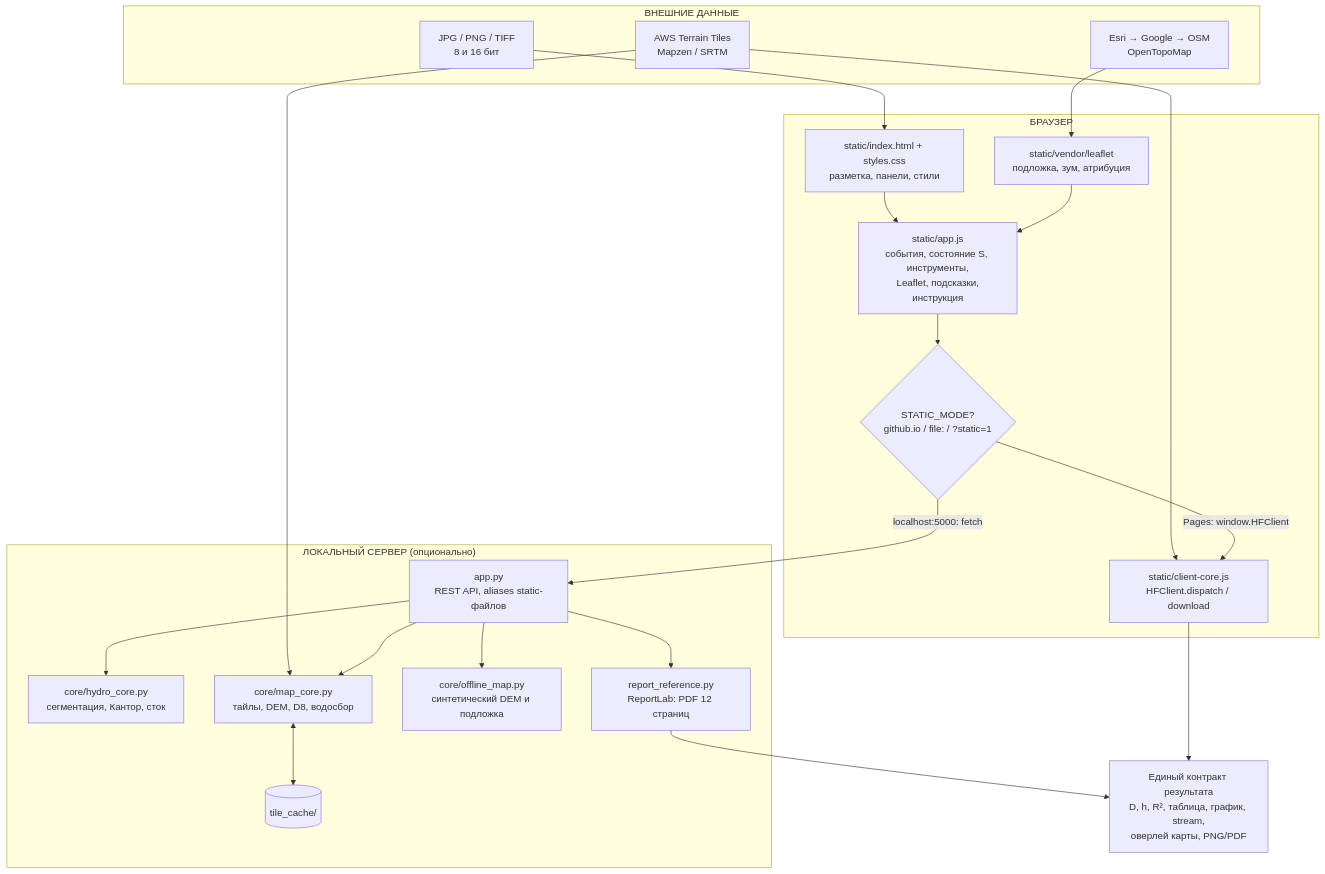
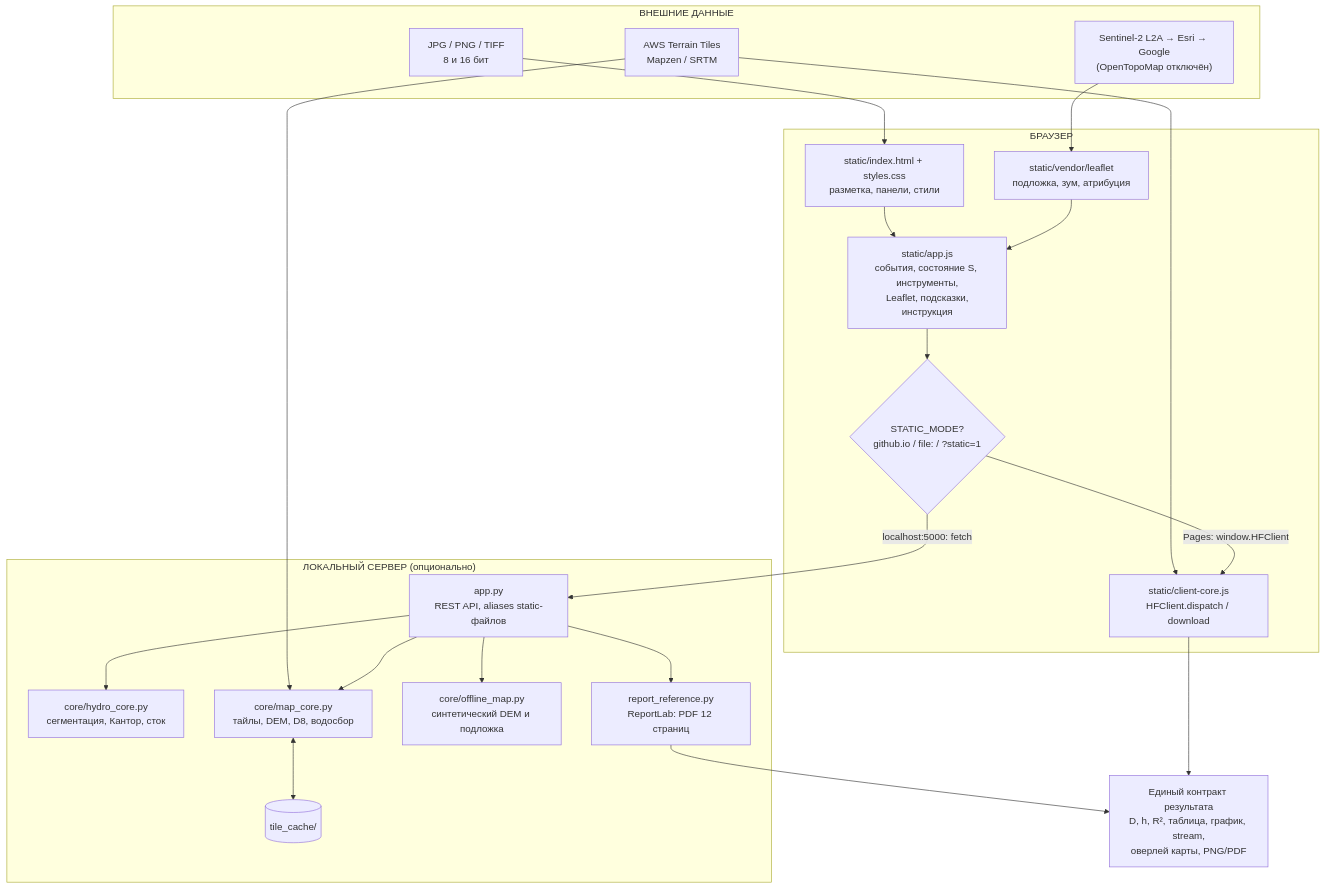
The first of 2 diagrams in ARCHITECTURE.md (rinhaizaki/HydroFractal), drawn with Mermaid before and after one commit. The commit also changed other lines of this file and 14 other files, not shown here.

````diff
--- a/ARCHITECTURE.md
+++ b/ARCHITECTURE.md
@@ -46,45 +46,45 @@
 ```mermaid
 flowchart TB
   subgraph Browser["БРАУЗЕР"]
     UI["static/index.html + styles.css<br/>разметка, панели, стили"]
     App["static/app.js<br/>события, состояние S, инструменты,<br/> Leaflet, подсказки, инструкция"]
     Adapter{"STATIC_MODE?<br/>github.io / file: / ?static=1"}
     Client["static/client-core.js<br/>HFClient.dispatch / download"]
     Leaflet["static/vendor/leaflet<br/>подложка, зум, атрибуция"]
   end
 
   subgraph Flask["ЛОКАЛЬНЫЙ СЕРВЕР (опционально)"]
     API["app.py<br/>REST API, aliases static-файлов"]
     Hydro["core/hydro_core.py<br/>сегментация, Кантор, сток"]
     MapCore["core/map_core.py<br/>тайлы, DEM, D8, водосбор"]
     Offline["core/offline_map.py<br/>синтетический DEM и подложка"]
     Report["report_reference.py<br/>ReportLab: PDF 12 страниц"]
     Cache[("tile_cache/")]
   end
 
   subgraph Sources["ВНЕШНИЕ ДАННЫЕ"]
     File["JPG / PNG / TIFF<br/>8 и 16 бит"]
-    Tiles["Esri → Google → OSM<br/>OpenTopoMap"]
+    Tiles["Sentinel-2 L2A → Esri → Google<br/>(OpenTopoMap отключён)"]
     DEM["AWS Terrain Tiles<br/>Mapzen / SRTM"]
   end
 
   File --> UI
   Tiles --> Leaflet
   DEM --> Client
   DEM --> MapCore
 
   UI --> App
   App --> Adapter
   Leaflet --> App
   Adapter -- "Pages: window.HFClient" --> Client
   Adapter -- "localhost:5000: fetch" --> API
 
   API --> Hydro
   API --> MapCore
   API --> Offline
   API --> Report
   MapCore <--> Cache
 
   Client --> Calc["Единый контракт результата<br/>D, h, R², таблица, график, stream,<br/>оверлей карты, PNG/PDF"]
   Report --> Calc
 ```
````
